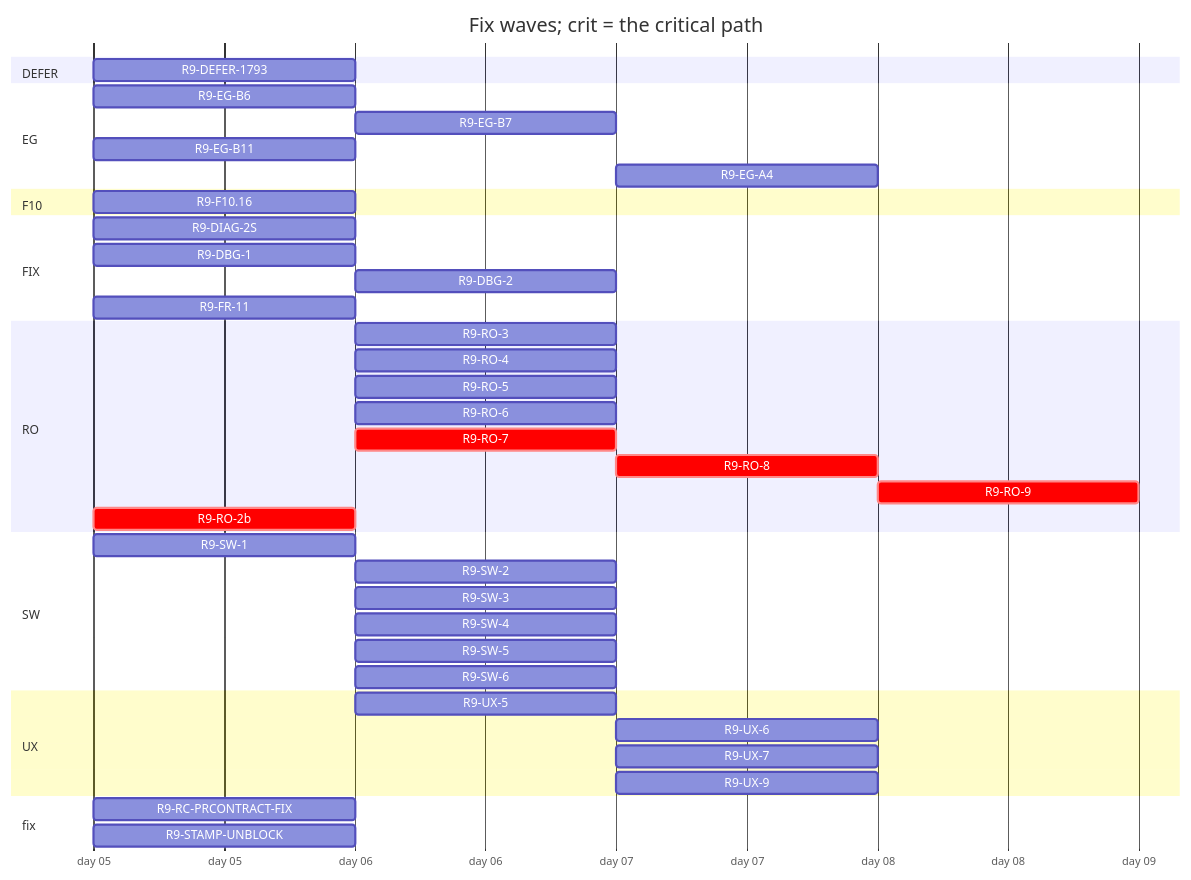
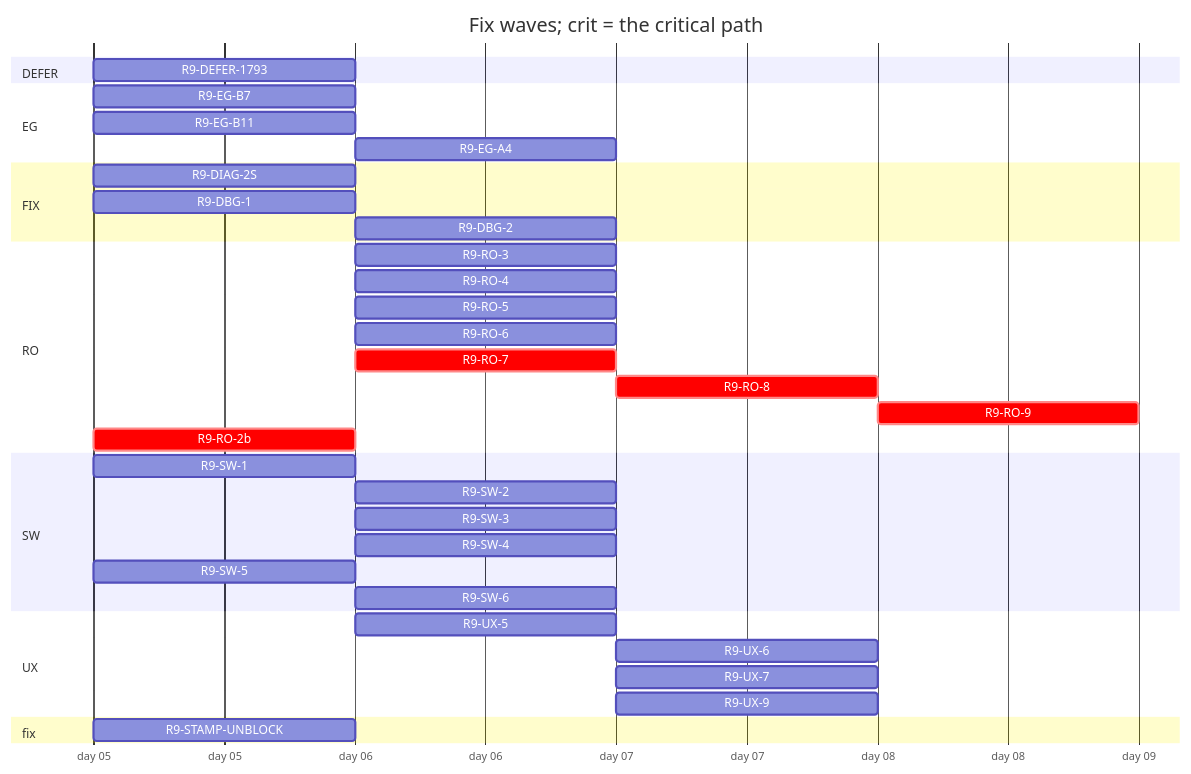
Before and after one commit to tvofi/heatpump_optimizer: the diagram in handoff/round9/state/PLAN-TABLE.md, drawn with Mermaid. The commit also changed other lines of this file and 2 other files, not shown here.

````diff
--- a/handoff/round9/state/PLAN-TABLE.md
+++ b/handoff/round9/state/PLAN-TABLE.md
@@ -21,44 +20,39 @@
 ```mermaid
 gantt
   title Fix waves; crit = the critical path
   dateFormat YYYY-MM-DD
   axisFormat day %d
   section DEFER
     R9-DEFER-1793 :r9DEFER1793, 2026-01-05, 1d
   section EG
-    R9-EG-B6 :r9EGB6, 2026-01-05, 1d
-    R9-EG-B7 :r9EGB7, after r9EGB6, 1d
+    R9-EG-B7 :r9EGB7, 2026-01-05, 1d
     R9-EG-B11 :r9EGB11, 2026-01-05, 1d
     R9-EG-A4 :r9EGA4, after r9EGB7 r9EGB11, 1d
-  section F10
-    R9-F10.16 :r9F1016, 2026-01-05, 1d
   section FIX
     R9-DIAG-2S :r9DIAG2S, 2026-01-05, 1d
     R9-DBG-1 :r9DBG1, 2026-01-05, 1d
     R9-DBG-2 :r9DBG2, after r9DBG1, 1d
-    R9-FR-11 :r9FR11, 2026-01-05, 1d
   section RO
     R9-RO-3 :r9RO3, after r9RO2b, 1d
     R9-RO-4 :r9RO4, after r9RO2b, 1d
     R9-RO-5 :r9RO5, after r9RO2b, 1d
-    R9-RO-6 :r9RO6, after r9RO2b r9FR11, 1d
+    R9-RO-6 :r9RO6, after r9RO2b, 1d
     R9-RO-7 :crit, r9RO7, after r9RO2b, 1d
     R9-RO-8 :crit, r9RO8, after r9RO2b r9RO7, 1d
     R9-RO-9 :crit, r9RO9, after r9RO3 r9RO4 r9RO5 r9RO6 r9RO8 r9EGA4 r9SW4 r9UX5 r9UX6 r9UX7, 1d
     R9-RO-2b :crit, r9RO2b, 2026-01-05, 1d
   section SW
     R9-SW-1 :r9SW1, 2026-01-05, 1d
-    R9-SW-2 :r9SW2, after r9SW1 r9EGB6, 1d
+    R9-SW-2 :r9SW2, after r9SW1, 1d
     R9-SW-3 :r9SW3, after r9SW1, 1d
     R9-SW-4 :r9SW4, after r9SW1, 1d
-    R9-SW-5 :r9SW5, after r9EGB6, 1d
+    R9-SW-5 :r9SW5, 2026-01-05, 1d
     R9-SW-6 :r9SW6, after r9SW1, 1d
   section UX
-    R9-UX-5 :r9UX5, after r9EGB6 r9SW1, 1d
+    R9-UX-5 :r9UX5, after r9SW1, 1d
     R9-UX-6 :r9UX6, after r9EGB7 r9EGB11 r9UX5, 1d
-    R9-UX-7 :r9UX7, after r9EGB6 r9EGB11 r9UX5, 1d
+    R9-UX-7 :r9UX7, after r9EGB11 r9UX5, 1d
     R9-UX-9 :r9UX9, after r9SW6, 1d
   section fix
-    R9-RC-PRCONTRACT-FIX :r9RCPRCONTRACTFIX, 2026-01-05, 1d
     R9-STAMP-UNBLOCK :r9STAMPUNBLOCK, 2026-01-05, 1d
 ```
````
